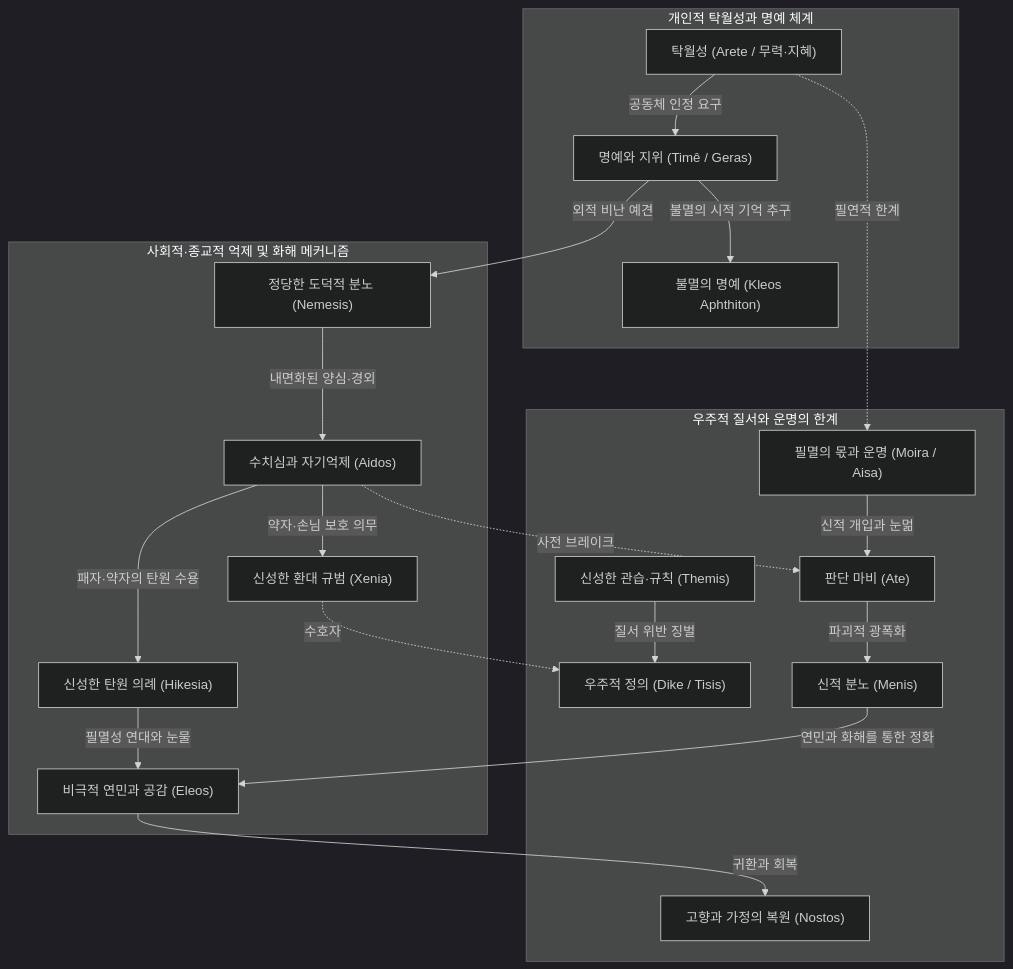
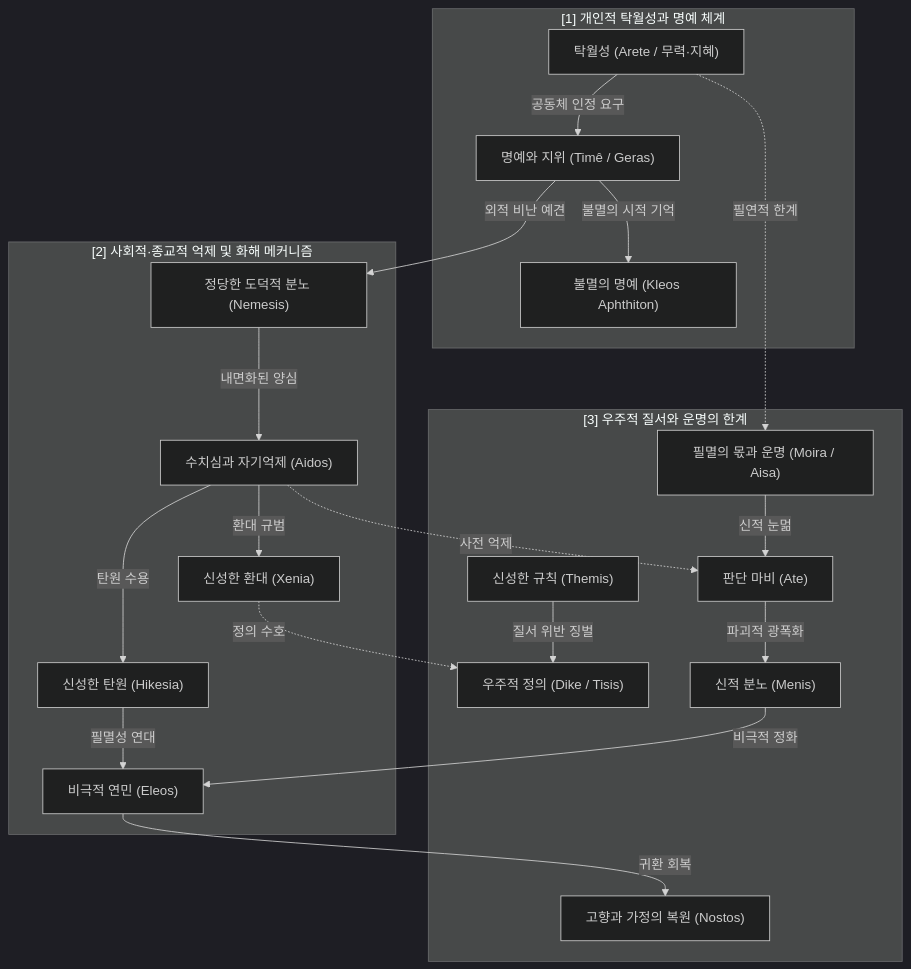
Before and after one commit to YgHnSIM/Homer_wiki: the second of 4 diagrams in wiki/analyses/analysis-homeric-ethics-literature-review.md, drawn with Mermaid (dark theme). The commit also changed other lines of this file and 5 other files, not shown here.

First line of the commit message:
fix(meta): 볼트 전역 Mermaid 다이어그램 겹침 및 간섭 일괄 최적화

````diff
--- a/wiki/analyses/analysis-homeric-ethics-literature-review.md
+++ b/wiki/analyses/analysis-homeric-ethics-literature-review.md
@@ -229,27 +229,28 @@
 ```mermaid
 graph TD
-    subgraph "개인적 탁월성과 명예 체계"
+    subgraph Sub1["[1] 개인적 탁월성과 명예 체계"]
         A["탁월성 (Arete / 무력·지혜)"] -->|공동체 인정 요구| B["명예와 지위 (Timê / Geras)"]
-        B -->|불멸의 시적 기억 추구| C["불멸의 명예 (Kleos Aphthiton)"]
+        B -->|불멸의 시적 기억| C["불멸의 명예 (Kleos Aphthiton)"]
     end
 
-    subgraph "사회적·종교적 억제 및 화해 메커니즘"
+    subgraph Sub2["[2] 사회적·종교적 억제 및 화해 메커니즘"]
         B -->|외적 비난 예견| D["정당한 도덕적 분노 (Nemesis)"]
-        D -->|내면화된 양심·경외| E["수치심과 자기억제 (Aidos)"]
-        E -->|약자·손님 보호 의무| F["신성한 환대 규범 (Xenia)"]
-        E -->|패자·약자의 탄원 수용| M["신성한 탄원 의례 (Hikesia)"]
-        M -->|필멸성 연대와 눈물| N["비극적 연민과 공감 (Eleos)"]
+        D -->|내면화된 양심| E["수치심과 자기억제 (Aidos)"]
+        E -->|환대 규범| F["신성한 환대 (Xenia)"]
+        E -->|탄원 수용| M["신성한 탄원 (Hikesia)"]
+        M -->|필멸성 연대| N["비극적 연민 (Eleos)"]
     end
 
-    subgraph "우주적 질서와 운명의 한계"
-        G["신성한 관습·규칙 (Themis)"] -->|질서 위반 징벌| H["우주적 정의 (Dike / Tisis)"]
-        I["필멸의 몫과 운명 (Moira / Aisa)"] -->|신적 개입과 눈멂| J["판단 마비 (Ate)"]
+    subgraph Sub3["[3] 우주적 질서와 운명의 한계"]
+        G["신성한 규칙 (Themis)"] -->|질서 위반 징벌| H["우주적 정의 (Dike / Tisis)"]
+        I["필멸의 몫과 운명 (Moira / Aisa)"] -->|신적 눈멂| J["판단 마비 (Ate)"]
         J -->|파괴적 광폭화| K["신적 분노 (Menis)"]
-        K -->|연민과 화해를 통한 정화| N
-        N -->|귀환과 회복| L["고향과 가정의 복원 (Nostos)"]
+        L["고향과 가정의 복원 (Nostos)"]
     end
 
-    E -.->|사전 브레이크| J
-    F -.->|수호자| H
     A -.->|필연적 한계| I
+    E -.->|사전 억제| J
+    F -.->|정의 수호| H
+    K -->|비극적 정화| N
+    N -->|귀환 회복| L
 ```
````
